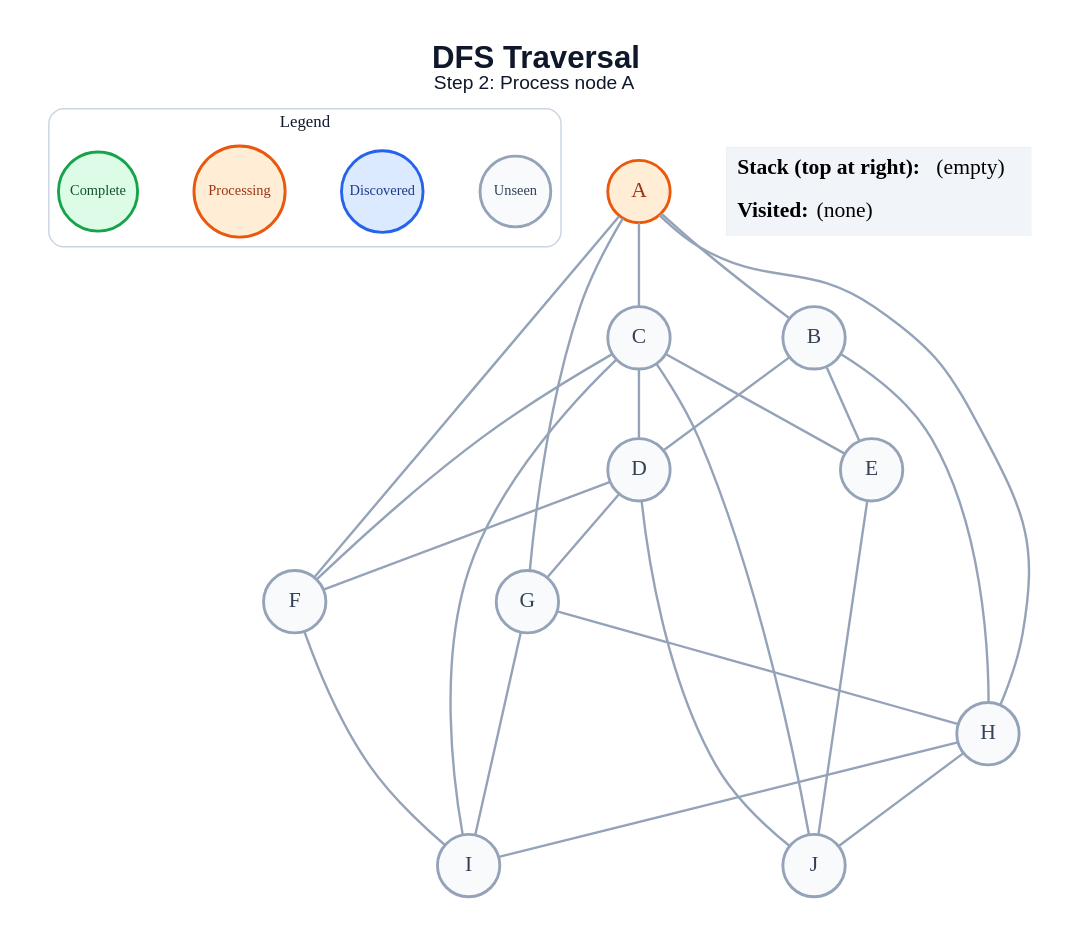
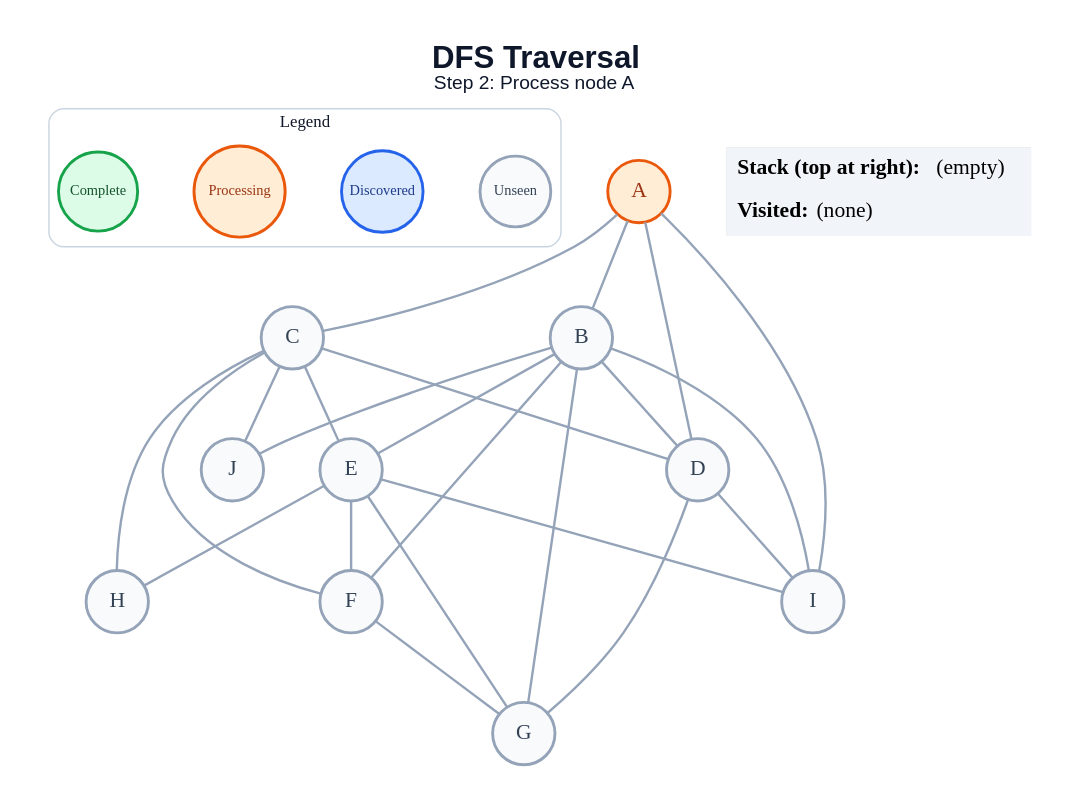
The diagram in generated/dfs/step_02.dot (amanghodawala9/ai-slop), drawn with Graphviz before and after one commit. The commit also changed 178 other files, not shown here.

```diff
--- a/generated/dfs/step_02.dot
+++ b/generated/dfs/step_02.dot
@@ -1,51 +1,51 @@
 graph traversal {
   graph [layout=dot, rankdir=TB, bgcolor="#FFFFFF", pad="0.35", nodesep="0.65", ranksep="0.8", fontname="Arial"];
   node [shape=circle, style="filled", fontname="Arial Bold", fontsize=18, width=0.72, fixedsize=true, penwidth=2.4];
   edge [color="#94A3B8", penwidth=2.0];
   label=<<B>DFS Traversal</B><BR/><FONT POINT-SIZE="16">Step 2: Process node A</FONT>>; labelloc="t"; fontsize=26; fontname="Arial"; fontcolor="#0F172A";
   subgraph cluster_legend { label="Legend"; color="#CBD5E1"; penwidth=1.2; style="rounded"; fontsize=14; fontname="Arial Bold";
     key_unseen [label="Unseen", fillcolor="#F8FAFC", color="#94A3B8", fontcolor="#334155", fontsize=12, width=0.82];
     key_frontier [label="Discovered", fillcolor="#DBEAFE", color="#2563EB", fontcolor="#1E3A8A", fontsize=12, width=0.95];
     key_current [label="Processing", fillcolor="#FFEDD5", color="#EA580C", fontcolor="#9A3412", fontsize=12, width=1.05];
     key_done [label="Complete", fillcolor="#DCFCE7", color="#16A34A", fontcolor="#14532D", fontsize=12, width=0.92];
     { rank=same; key_unseen; key_frontier; key_current; key_done; }
   }
   A [fillcolor="#FFEDD5", color="#EA580C", fontcolor="#9A3412"];
   B [fillcolor="#F8FAFC", color="#94A3B8", fontcolor="#334155"];
   C [fillcolor="#F8FAFC", color="#94A3B8", fontcolor="#334155"];
   D [fillcolor="#F8FAFC", color="#94A3B8", fontcolor="#334155"];
   E [fillcolor="#F8FAFC", color="#94A3B8", fontcolor="#334155"];
   F [fillcolor="#F8FAFC", color="#94A3B8", fontcolor="#334155"];
   G [fillcolor="#F8FAFC", color="#94A3B8", fontcolor="#334155"];
   H [fillcolor="#F8FAFC", color="#94A3B8", fontcolor="#334155"];
   I [fillcolor="#F8FAFC", color="#94A3B8", fontcolor="#334155"];
   J [fillcolor="#F8FAFC", color="#94A3B8", fontcolor="#334155"];
   A -- B;
   A -- C;
-  A -- F;
-  A -- G;
-  A -- H;
+  A -- D;
+  A -- I;
   B -- D;
   B -- E;
-  B -- H;
+  B -- F;
+  B -- G;
+  B -- I;
+  B -- J;
   C -- D;
   C -- E;
   C -- F;
-  C -- I;
+  C -- H;
   C -- J;
-  D -- F;
   D -- G;
-  D -- J;
-  E -- J;
-  F -- I;
-  G -- H;
-  G -- I;
-  H -- I;
-  H -- J;
+  D -- I;
+  E -- F;
+  E -- G;
+  E -- H;
+  E -- I;
+  F -- G;
   status [shape=plain, fixedsize=false, width=0, height=0, margin=0, label=<
     <TABLE BORDER="0" CELLBORDER="0" CELLPADDING="7" BGCOLOR="#F1F5F9">
       <TR><TD ALIGN="LEFT"><B>Stack (top at right):</B> (empty)</TD></TR>
       <TR><TD ALIGN="LEFT"><B>Visited:</B> (none)</TD></TR>
     </TABLE>
   >];
 }
```
